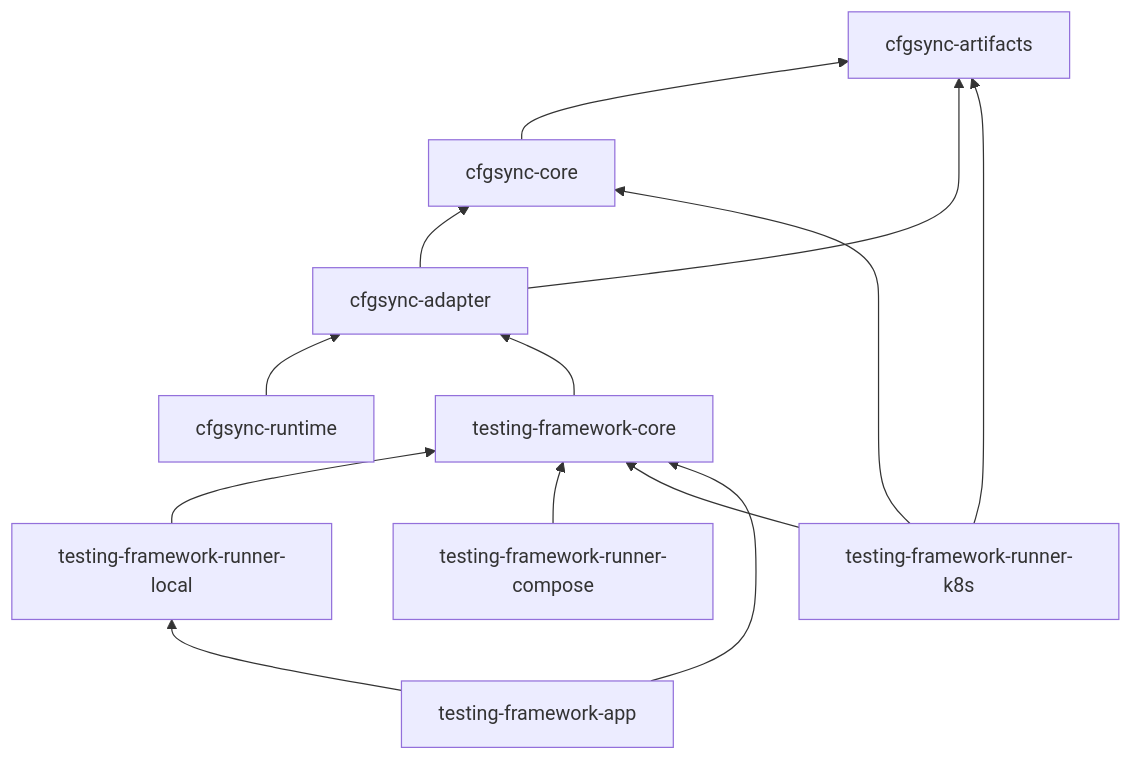
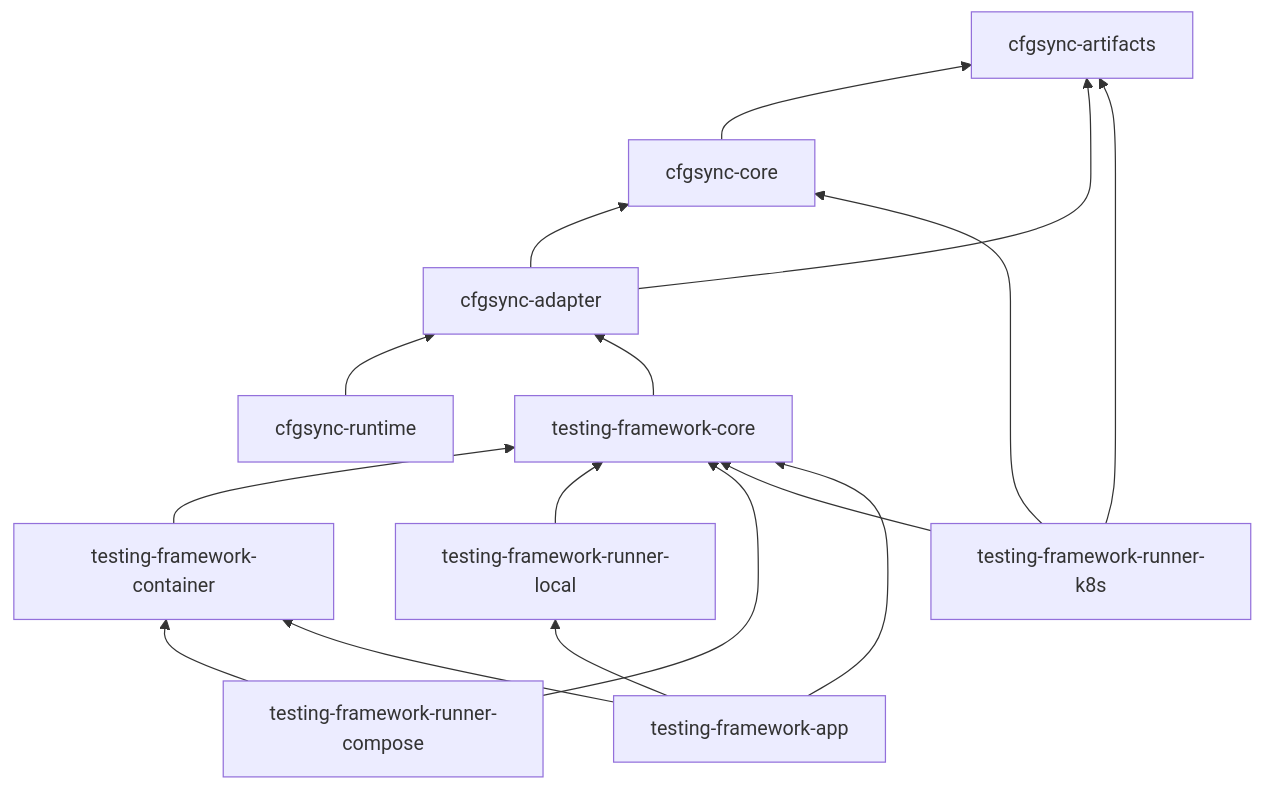
One commit to logos-blockchain/logos-blockchain-testing changed the diagram in book/src/crate-map.md. Above: the diagram before and after it, drawn with Mermaid. The commit also changed other lines of this file and 47 other files, not shown here.

````diff
--- a/book/src/crate-map.md
+++ b/book/src/crate-map.md
@@ -7,16 +10,19 @@
 ```mermaid
 graph BT
     art[cfgsync-artifacts]
     cc[cfgsync-core] --> art
     ca[cfgsync-adapter] --> cc
     ca --> art
     cr[cfgsync-runtime] --> ca
     core[testing-framework-core] --> ca
+    container[testing-framework-container] --> core
     local[testing-framework-runner-local] --> core
     compose[testing-framework-runner-compose] --> core
+    compose --> container
     k8s[testing-framework-runner-k8s] --> core
     k8s --> cc
     k8s --> art
     app[testing-framework-app] --> core
+    app --> container
     app --> local
 ```
````
